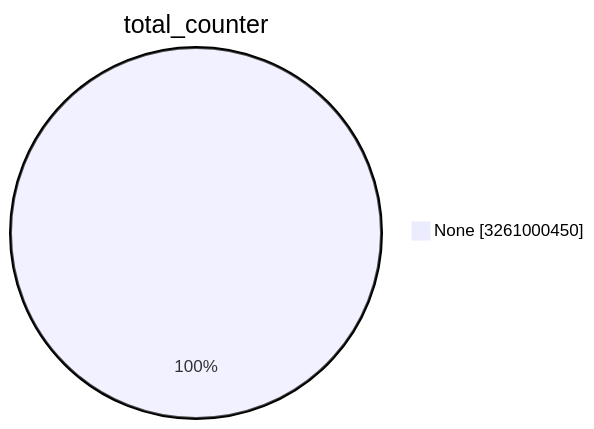
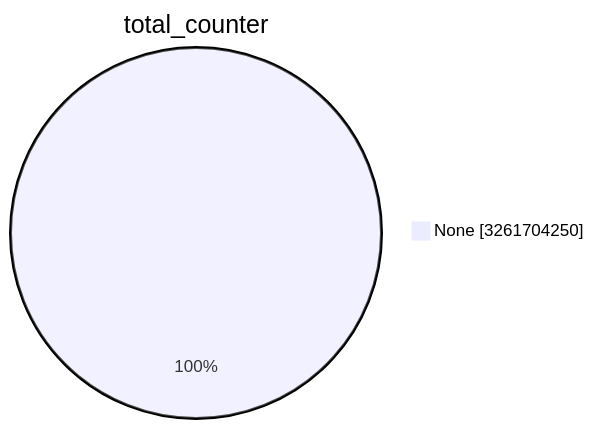
One commit to christiankrug/ctmonitor_visualization changed the first of 15 diagrams in TOTAL/README.md. Above: the diagram before and after it, drawn with Mermaid. The commit also changed other lines of this file, not shown here.

````diff
--- a/TOTAL/README.md
+++ b/TOTAL/README.md
@@ -1,5 +1,5 @@
 ```mermaid
 pie showData
 title total_counter
-"None" :3261000450
+"None" :3261704250
 ```
````
